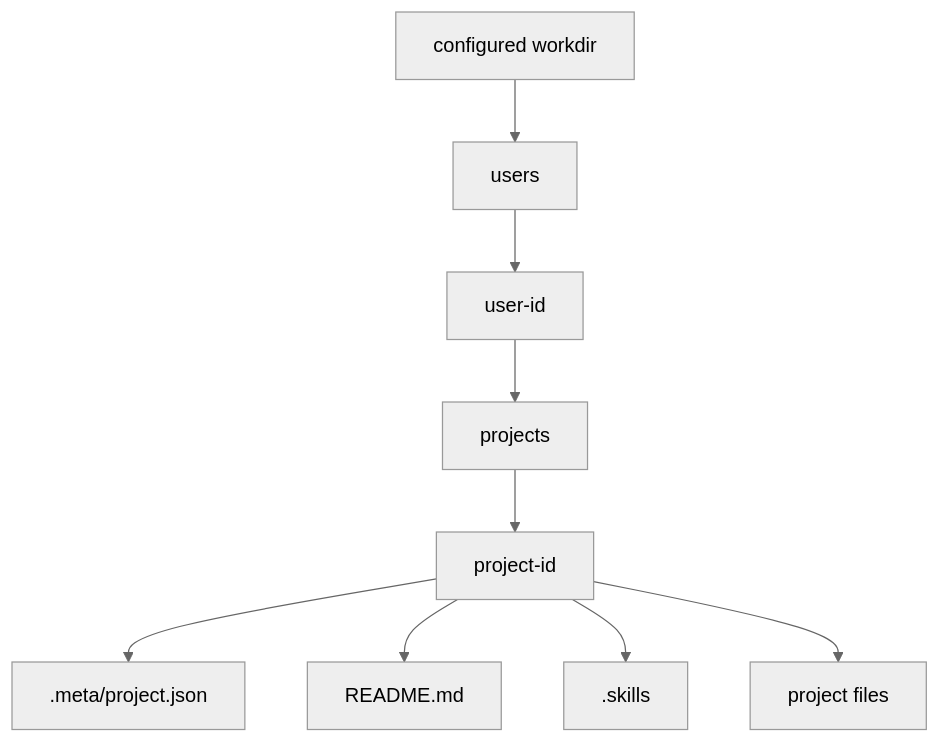
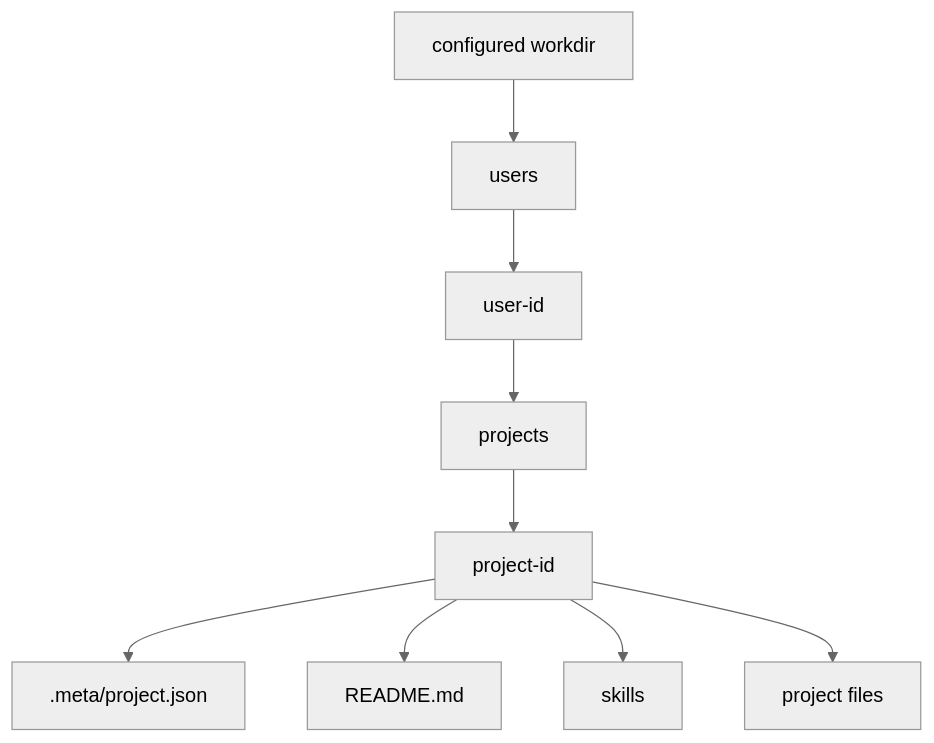
The diagram in wiki/data/storage-model.md (intelligencedev/manifold), drawn with Mermaid (neutral theme) before and after one commit. The commit also changed other lines of this file and 17 other files, not shown here.

````diff
--- a/wiki/data/storage-model.md
+++ b/wiki/data/storage-model.md
@@ -9,11 +9,11 @@
 ```mermaid
 flowchart TB
     Workdir[configured workdir] --> Users[users]
     Users --> UserID[user-id]
     UserID --> Projects[projects]
     Projects --> ProjectID[project-id]
     ProjectID --> Meta[.meta/project.json]
     ProjectID --> Readme[README.md]
-    ProjectID --> Skills[.skills]
+    ProjectID --> Skills[skills]
     ProjectID --> Files[project files]
 ```
````
